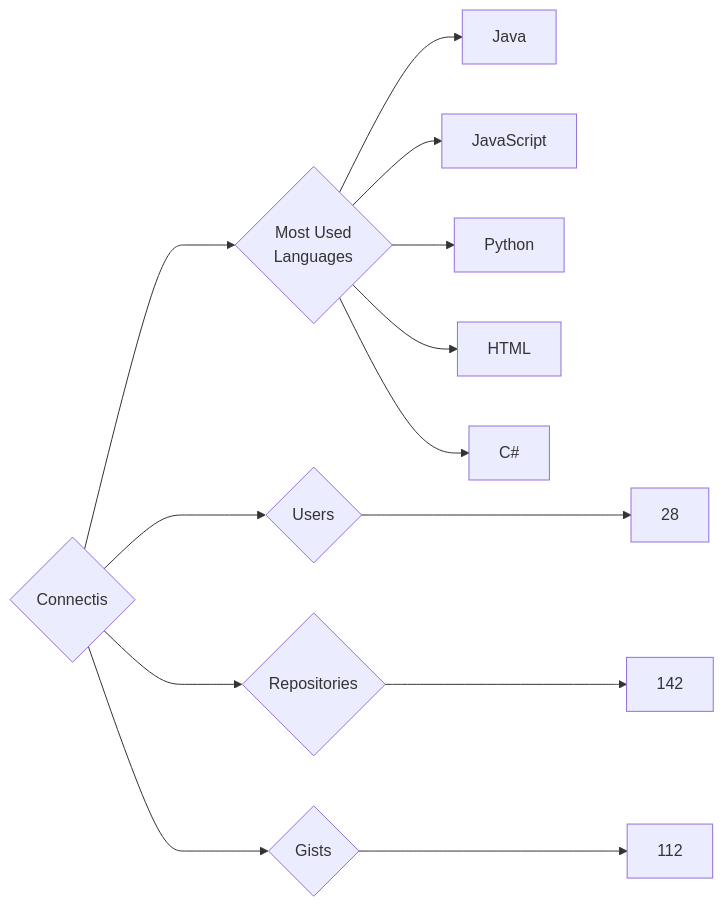
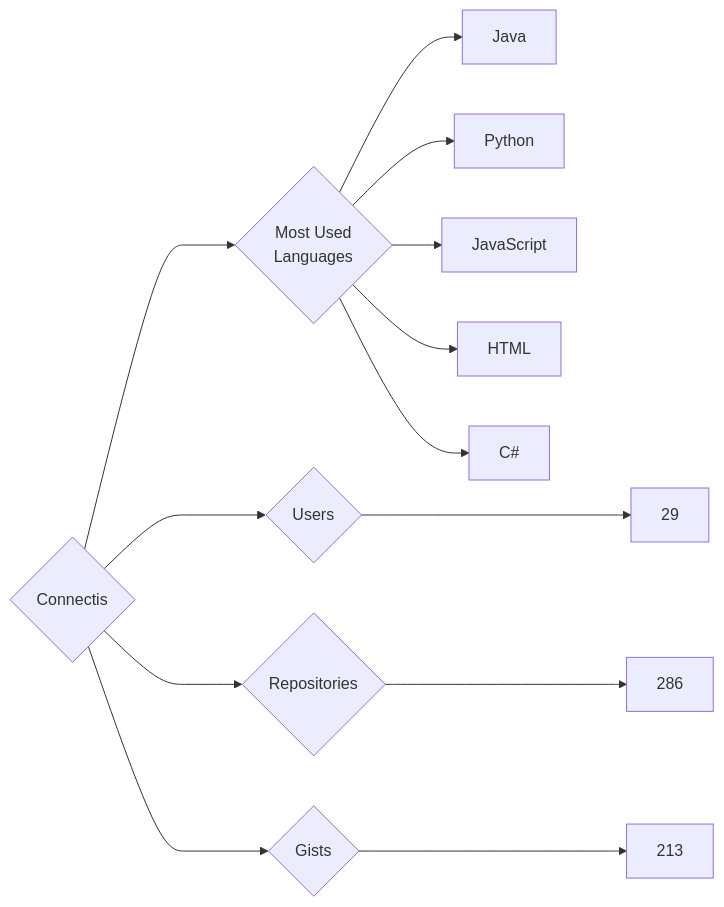
The diagram in targets/Connectis/README.md (trickest/insiders), drawn with Mermaid before and after one commit. The commit also changed 772 other files, not shown here.

````diff
--- a/targets/Connectis/README.md
+++ b/targets/Connectis/README.md
@@ -3,13 +3,13 @@
 ```mermaid
 graph LR
 COMPANY_NAME{Connectis}
-COMPANY_NAME ---> U{Users} ---> UN[28]
-COMPANY_NAME ---> R{Repositories} ---> RN[142]
-COMPANY_NAME ---> G{Gists} ---> GN[112]
+COMPANY_NAME ---> U{Users} ---> UN[29]
+COMPANY_NAME ---> R{Repositories} ---> RN[286]
+COMPANY_NAME ---> G{Gists} ---> GN[213]
 COMPANY_NAME ---> ML{Most Used<br>Languages}
 ML --> Java[Java]
+ML --> Python[Python]
 ML --> JavaScript[JavaScript]
-ML --> Python[Python]
 ML --> HTML[HTML]
 ML --> C#[C#]
 ```
````
